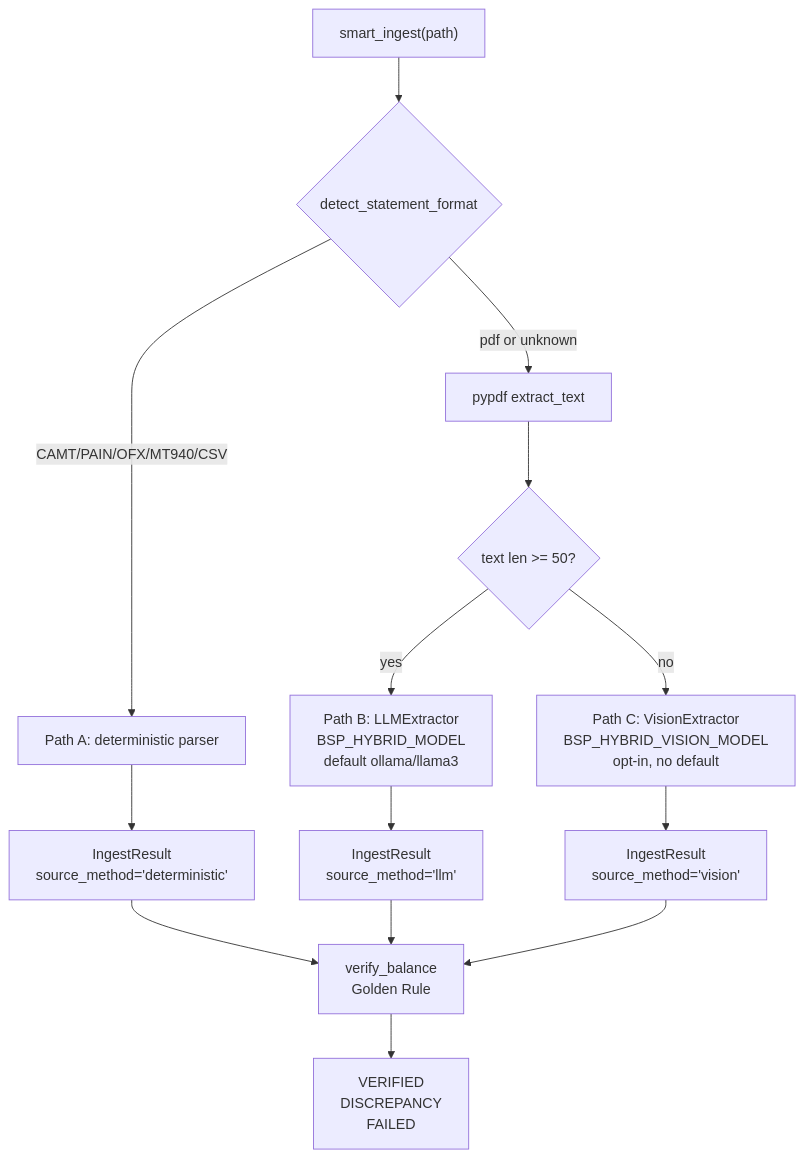
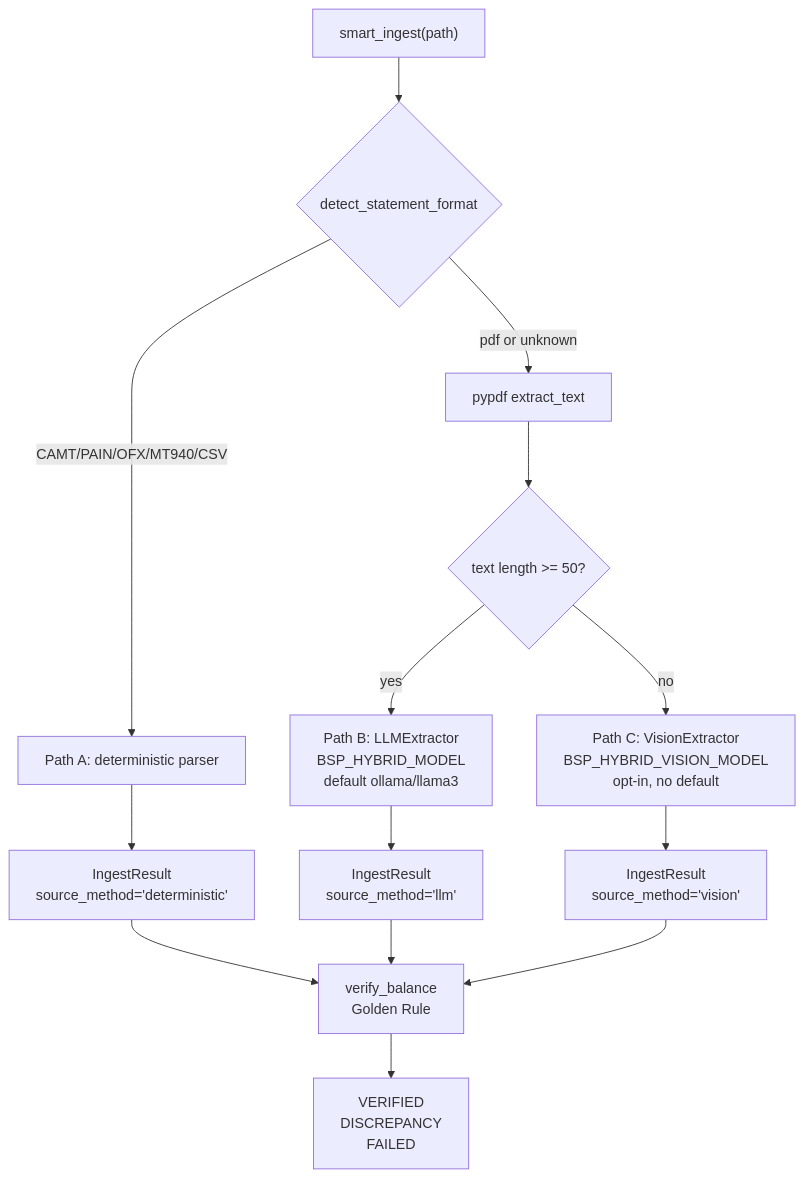
Before and after one commit to sebastienrousseau/bankstatementparser: the diagram in examples/hybrid/README.md, drawn with Mermaid. The commit also changed 1 other file, not shown here.

Commit message:
docs: fix Mermaid diagram syntax and add centered logo in README

````diff
--- a/examples/hybrid/README.md
+++ b/examples/hybrid/README.md
@@ -26,20 +26,20 @@
 ```mermaid
 flowchart TD
-    A[smart_ingest&lpar;path&rpar;] --> B{detect_statement_format}
-    B -- CAMT/PAIN/OFX/MT940/CSV --> C[Path A: deterministic parser]
-    C --> Z[IngestResult<br/>source_method='deterministic']
+    A["smart_ingest(path)"] --> B{"detect_statement_format"}
+    B -->|CAMT/PAIN/OFX/MT940/CSV| C["Path A: deterministic parser"]
+    C --> Z["IngestResult<br/>source_method='deterministic'"]
 
-    B -- pdf or unknown --> D[pypdf extract_text]
-    D --> E{text len &gt;= 50?}
+    B -->|pdf or unknown| D["pypdf extract_text"]
+    D --> E{"text length >= 50?"}
 
-    E -- yes --> F[Path B: LLMExtractor<br/>BSP_HYBRID_MODEL<br/>default ollama/llama3]
-    F --> Y[IngestResult<br/>source_method='llm']
+    E -->|yes| F["Path B: LLMExtractor<br/>BSP_HYBRID_MODEL<br/>default ollama/llama3"]
+    F --> Y["IngestResult<br/>source_method='llm'"]
 
-    E -- no --> G[Path C: VisionExtractor<br/>BSP_HYBRID_VISION_MODEL<br/>opt-in, no default]
-    G --> X[IngestResult<br/>source_method='vision']
+    E -->|no| G["Path C: VisionExtractor<br/>BSP_HYBRID_VISION_MODEL<br/>opt-in, no default"]
+    G --> X["IngestResult<br/>source_method='vision'"]
 
-    Z --> V[verify_balance<br/>Golden Rule]
+    Z --> V["verify_balance<br/>Golden Rule"]
     Y --> V
     X --> V
-    V --> R[VERIFIED<br/>DISCREPANCY<br/>FAILED]
+    V --> R["VERIFIED<br/>DISCREPANCY<br/>FAILED"]
 ```
````
